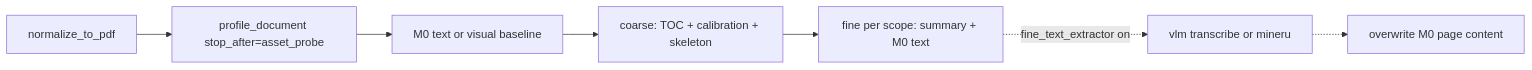
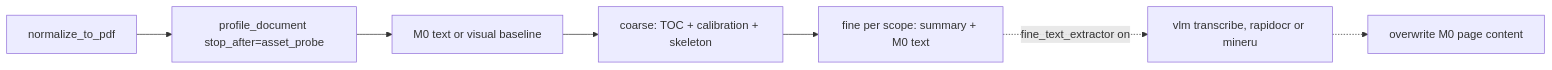
Before and after one commit to Ontos-AI/knowhere: the third of 4 diagrams in AGENTS.md, drawn with Mermaid. The commit also changed 17 other files, not shown here.

````diff
--- a/AGENTS.md
+++ b/AGENTS.md
@@ -202,9 +202,9 @@
 ```mermaid
 flowchart LR
     PDF[normalize_to_pdf] --> Profile["profile_document stop_after=asset_probe"]
     Profile --> M0[M0 text or visual baseline]
     M0 --> Coarse["coarse: TOC + calibration + skeleton"]
     Coarse --> Fine["fine per scope: summary + M0 text"]
-    Fine -.->|"fine_text_extractor on"| Extract["vlm transcribe or mineru"]
+    Fine -.->|"fine_text_extractor on"| Extract["vlm transcribe, rapidocr or mineru"]
     Extract -.-> Overwrite[overwrite M0 page content]
 ```
````
